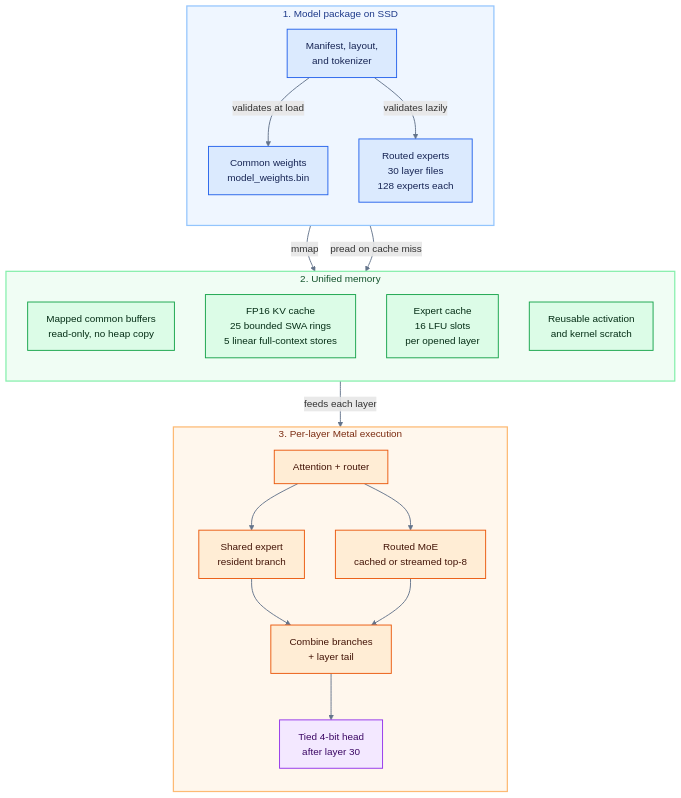
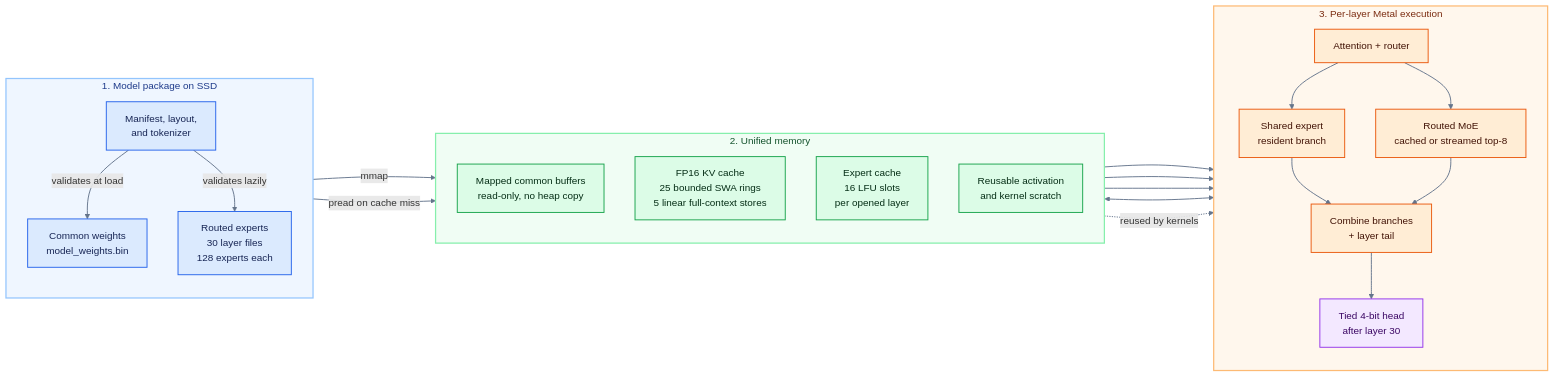
One commit to drumih/turbo-fieldfare changed the first of 2 diagrams in docs/SYSTEM_DESIGN.md. Above: the diagram before and after it, drawn with Mermaid. The commit also changed 2 other files, not shown here.

Commit message:
Fix portable MPP validation and system diagram

````diff
--- a/docs/SYSTEM_DESIGN.md
+++ b/docs/SYSTEM_DESIGN.md
@@ -165,52 +165,56 @@
 ```mermaid
-flowchart TB
+flowchart LR
     subgraph Disk["1. Model package on SSD"]
         direction TB
         MF["Manifest, layout,\nand tokenizer"]
         MW["Common weights\nmodel_weights.bin"]
         LF["Routed experts\n30 layer files\n128 experts each"]
         MF -->|validates at load| MW
         MF -->|validates lazily| LF
     end
 
     subgraph Memory["2. Unified memory"]
         direction TB
         RB["Mapped common buffers\nread-only, no heap copy"]
         KV["FP16 KV cache\n25 bounded SWA rings\n5 linear full-context stores"]
         EC["Expert cache\n16 LFU slots\nper opened layer"]
         WS["Reusable activation\nand kernel scratch"]
     end
 
     subgraph GPU["3. Per-layer Metal execution"]
         direction TB
         AT["Attention + router"]
         SE["Shared expert\nresident branch"]
         RE["Routed MoE\ncached or streamed top-8"]
         T["Combine branches\n+ layer tail"]
         HD["Tied 4-bit head\nafter layer 30"]
 
         AT --> SE
         AT --> RE
         SE --> T
         RE --> T
         T --> HD
     end
 
     MW -->|mmap| RB
     LF -->|pread on cache miss| EC
-    Memory -->|feeds each layer| GPU
+    RB --> AT
+    RB --> SE
+    EC --> RE
+    KV <--> AT
+    WS -. reused by kernels .-> AT
 
     classDef disk fill:#DBEAFE,stroke:#2563EB,color:#172554,stroke-width:1.5px;
     classDef memory fill:#DCFCE7,stroke:#16A34A,color:#052E16,stroke-width:1.5px;
     classDef compute fill:#FFEDD5,stroke:#EA580C,color:#431407,stroke-width:1.5px;
     classDef output fill:#F3E8FF,stroke:#9333EA,color:#3B0764,stroke-width:1.5px;
     class MF,MW,LF disk;
     class RB,KV,EC,WS memory;
     class AT,SE,RE,T compute;
     class HD output;
 
     style Disk fill:#EFF6FF,stroke:#93C5FD,color:#1E3A8A,stroke-width:2px
     style Memory fill:#F0FDF4,stroke:#86EFAC,color:#14532D,stroke-width:2px
     style GPU fill:#FFF7ED,stroke:#FDBA74,color:#7C2D12,stroke-width:2px
     linkStyle default stroke:#64748B,stroke-width:1.5px
 ```
````
